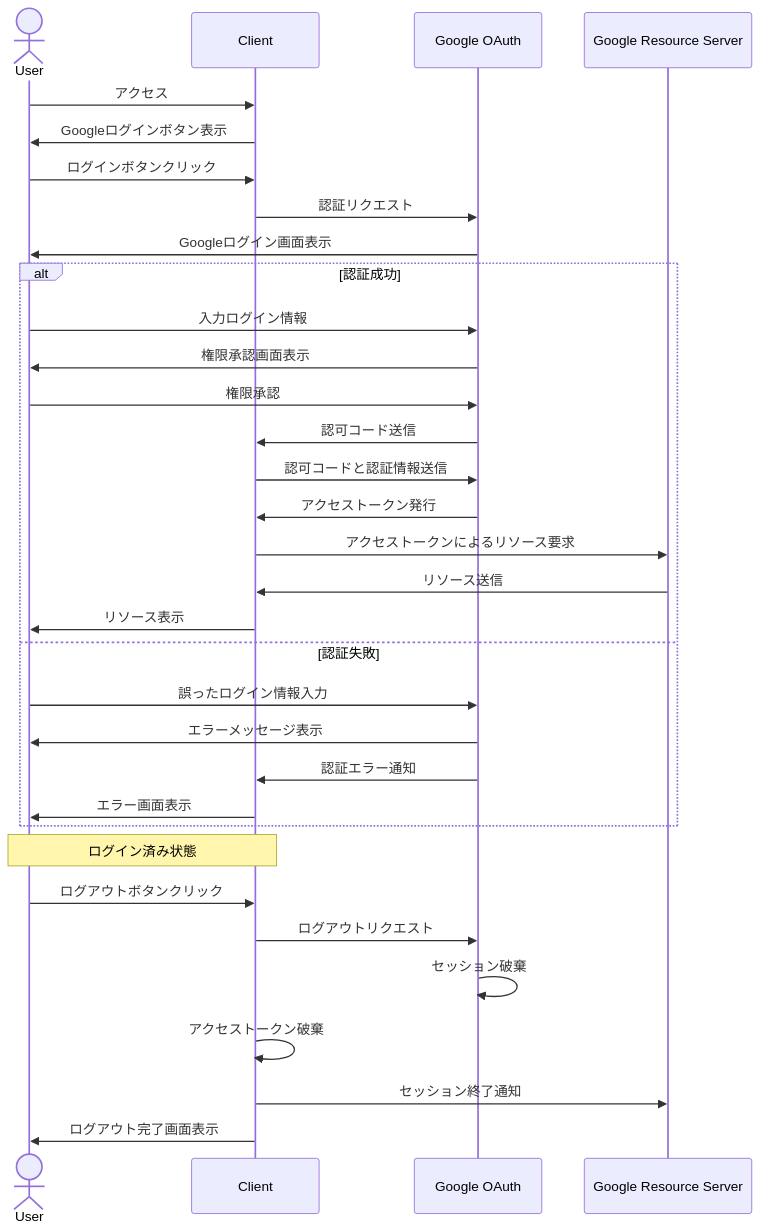
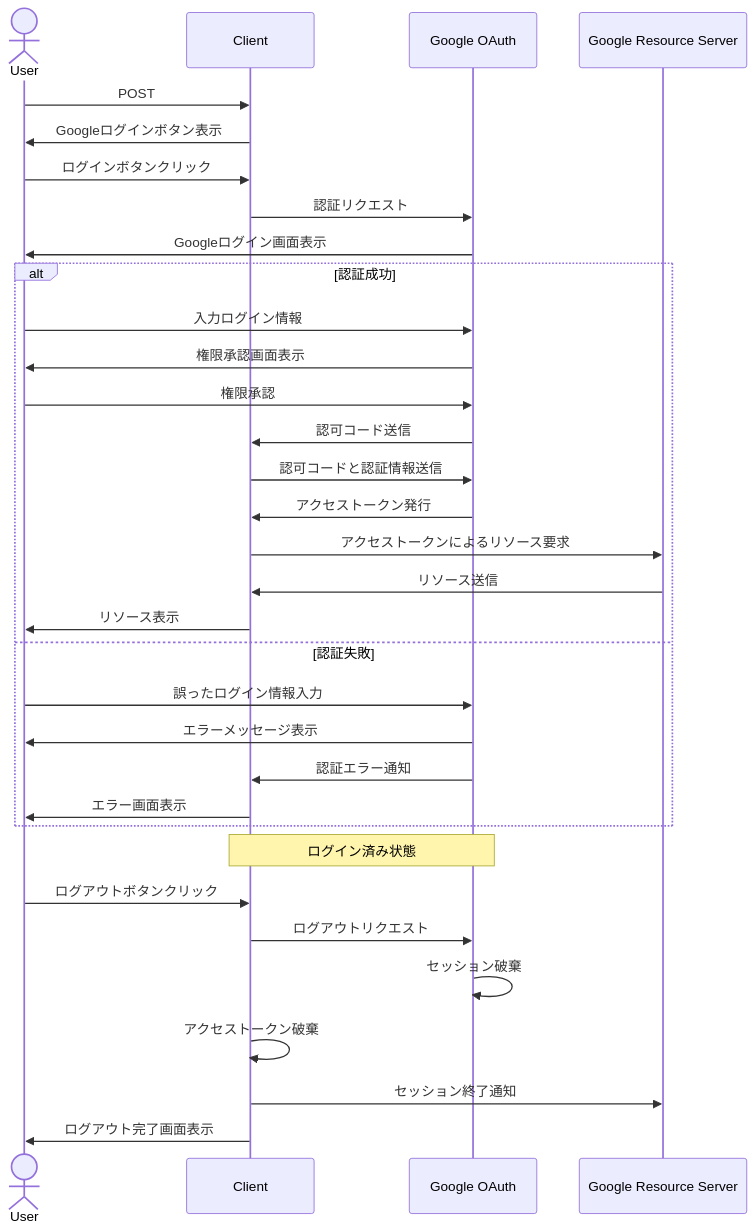
Before and after one commit to umanari145/uml: the diagram in mermaid/oauth.md, drawn with Mermaid. The commit also changed other lines of this file and 1 other file, not shown here.

````diff
--- a/mermaid/oauth.md
+++ b/mermaid/oauth.md
@@ -1,39 +1,39 @@
 ```mermaid
 sequenceDiagram
     actor User
     participant Client
     participant OAuth as Google OAuth
     participant ResourceServer as Google Resource Server
 
-    User->>Client: アクセス
+    User->>Client: POST
     Client->>User: Googleログインボタン表示
     User->>Client: ログインボタンクリック
     Client->>OAuth: 認証リクエスト
     OAuth->>User: Googleログイン画面表示
     
     alt 認証成功
         User->>OAuth: 入力ログイン情報
         OAuth->>User: 権限承認画面表示
         User->>OAuth: 権限承認
         OAuth->>Client: 認可コード送信
         Client->>OAuth: 認可コードと認証情報送信
         OAuth->>Client: アクセストークン発行
         Client->>ResourceServer: アクセストークンによるリソース要求
         ResourceServer->>Client: リソース送信
         Client->>User: リソース表示
     else 認証失敗
         User->>OAuth: 誤ったログイン情報入力
         OAuth->>User: エラーメッセージ表示
         OAuth->>Client: 認証エラー通知
         Client->>User: エラー画面表示
     end
 
-    Note over User,Client: ログイン済み状態
+    Note over Client,OAuth: ログイン済み状態
         User->>Client: ログアウトボタンクリック
         Client->>OAuth: ログアウトリクエスト
         OAuth->>OAuth: セッション破棄
         Client->>Client: アクセストークン破棄
         Client->>ResourceServer: セッション終了通知
         Client->>User: ログアウト完了画面表示
 
 ```
````
